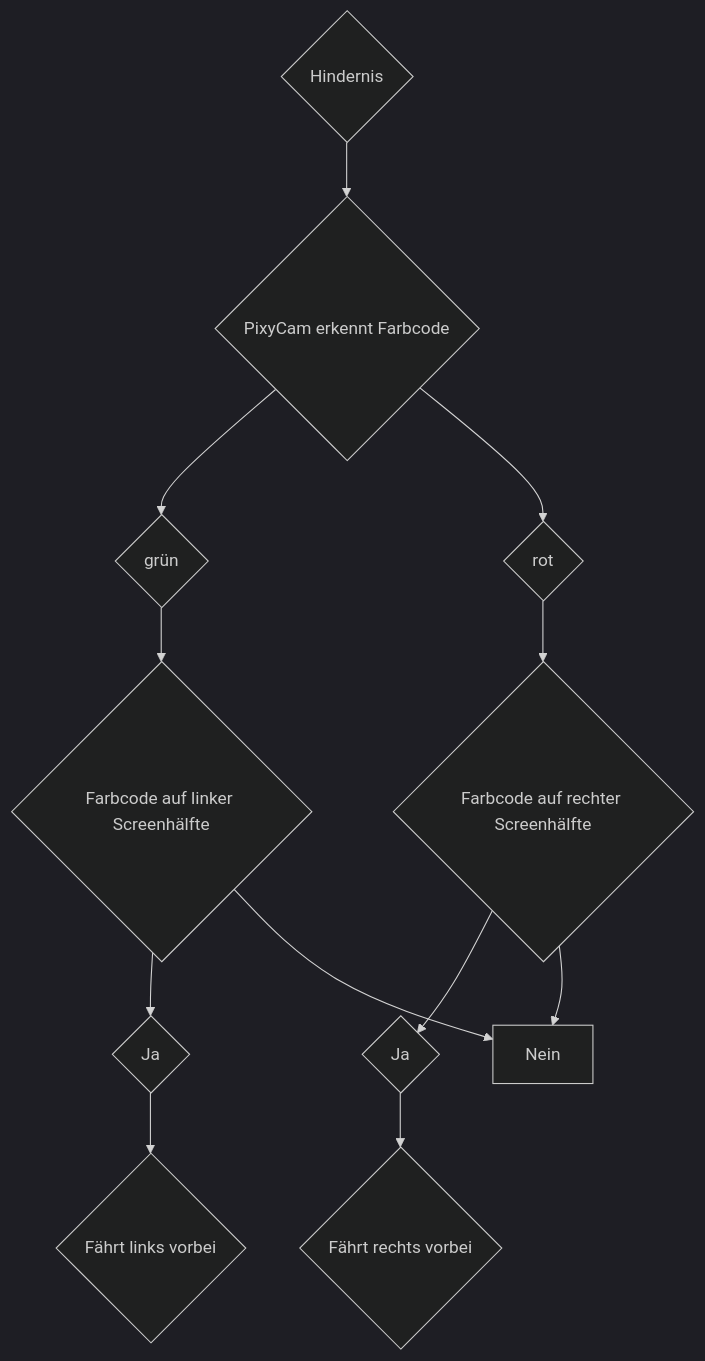
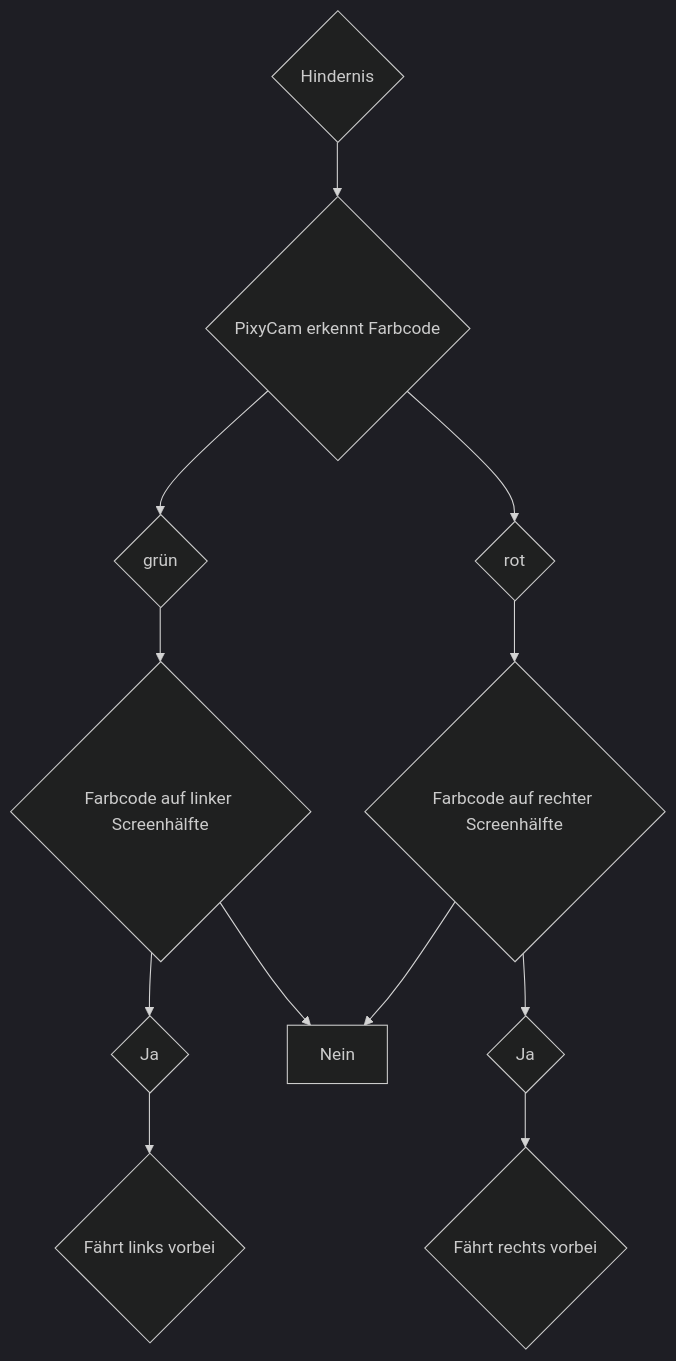
The diagram in Programme/Hindernisrennen/README.md (SchroedingersBit/PfortGTPanama), drawn with Mermaid (dark theme) before and after one commit.

````diff
--- a/Programme/Hindernisrennen/README.md
+++ b/Programme/Hindernisrennen/README.md
@@ -4,11 +4,12 @@
 ```mermaid
 graph TB;
 A{Hindernis} -->B{PixyCam erkennt Farbcode};
 B-->E{grün}-->C1{Farbcode auf linker Screenhälfte};
 B-->C{rot}-->C2{Farbcode auf rechter Screenhälfte};
 C1-->J1{Ja};
+C2 --> Nein; C1 --> Nein;
 C2-->J2{Ja};
-C2 --> Nein; C1 --> Nein;
+
 J1-->R{Fährt links vorbei};
 J2-->L{Fährt rechts vorbei};
 ```
````
